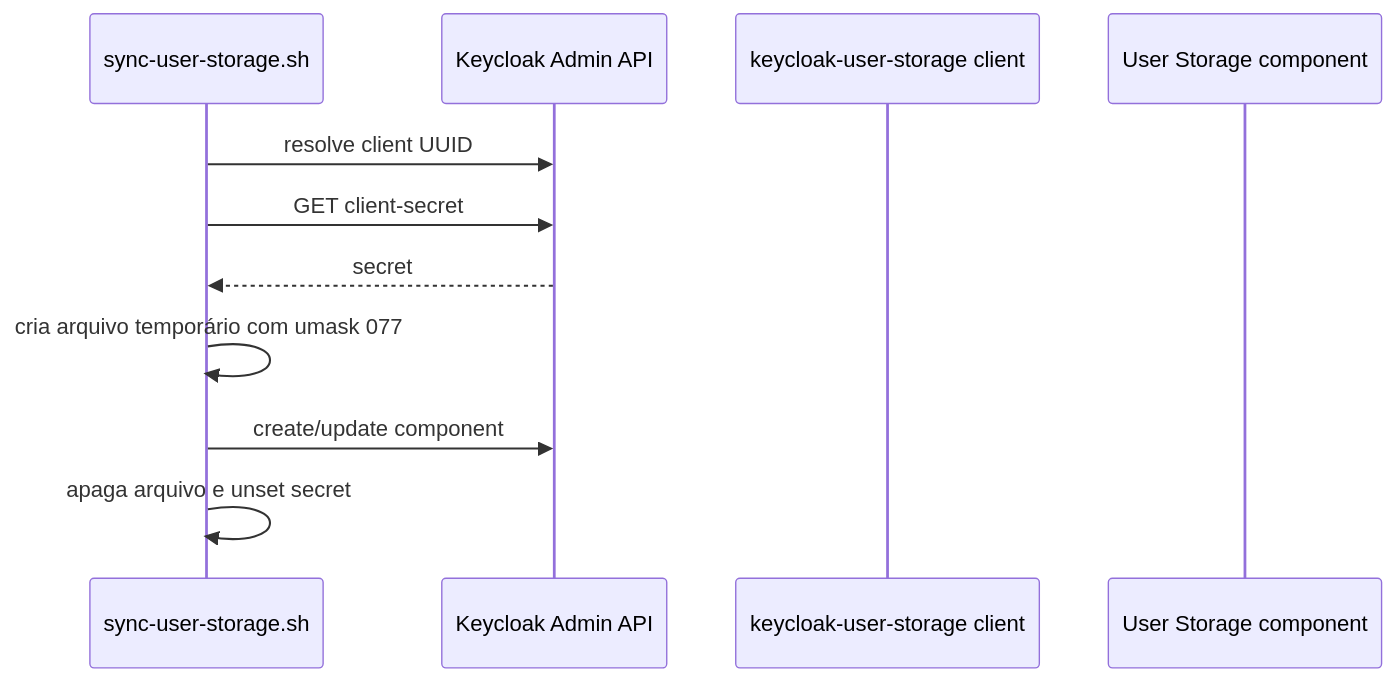
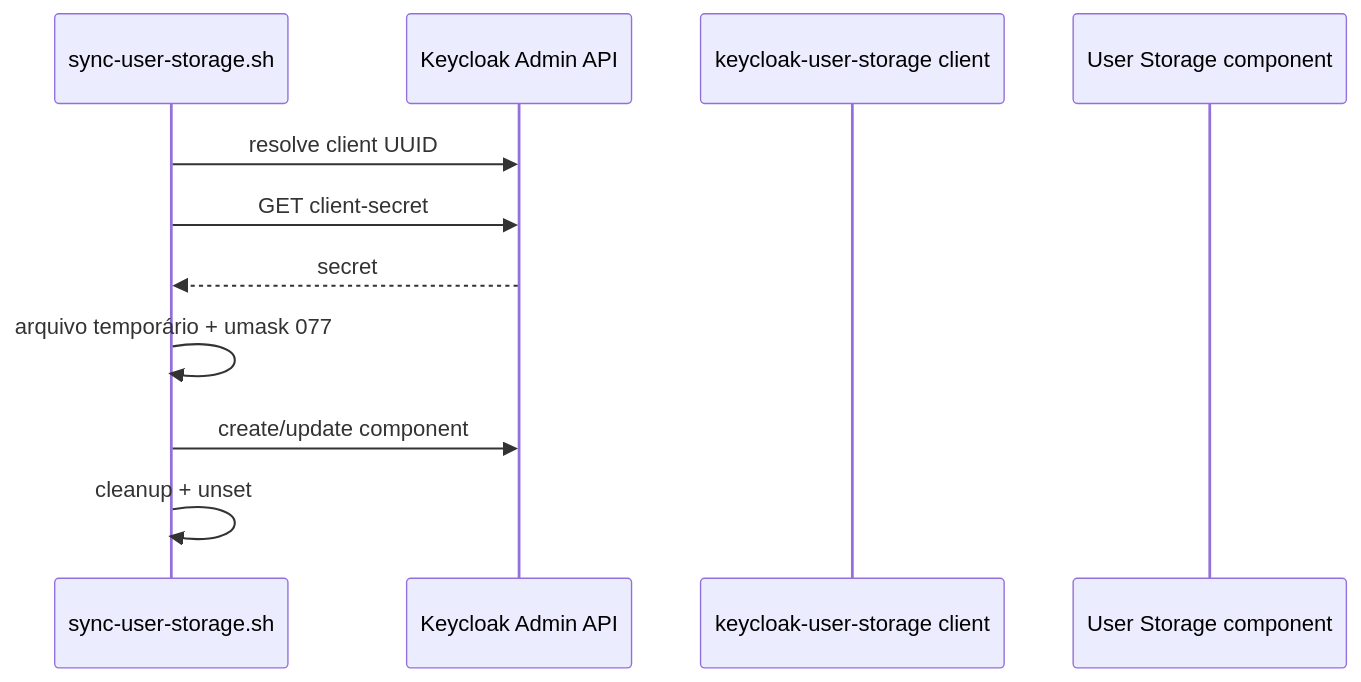
One commit to Ouros-App/ouros-docs changed the diagram in docs/apis/keycloak-clients.md. Above: the diagram before and after it, drawn with Mermaid. The commit also changed other lines of this file and 31 other files, not shown here.

````diff
--- a/docs/apis/keycloak-clients.md
+++ b/docs/apis/keycloak-clients.md
@@ -257,14 +294,14 @@
 ```mermaid
 sequenceDiagram
     participant I as sync-user-storage.sh
     participant K as Keycloak Admin API
     participant C as keycloak-user-storage client
     participant P as User Storage component
 
     I->>K: resolve client UUID
     I->>K: GET client-secret
     K-->>I: secret
-    I->>I: cria arquivo temporário com umask 077
+    I->>I: arquivo temporário + umask 077
     I->>K: create/update component
-    I->>I: apaga arquivo e unset secret
+    I->>I: cleanup + unset
 ```
````
